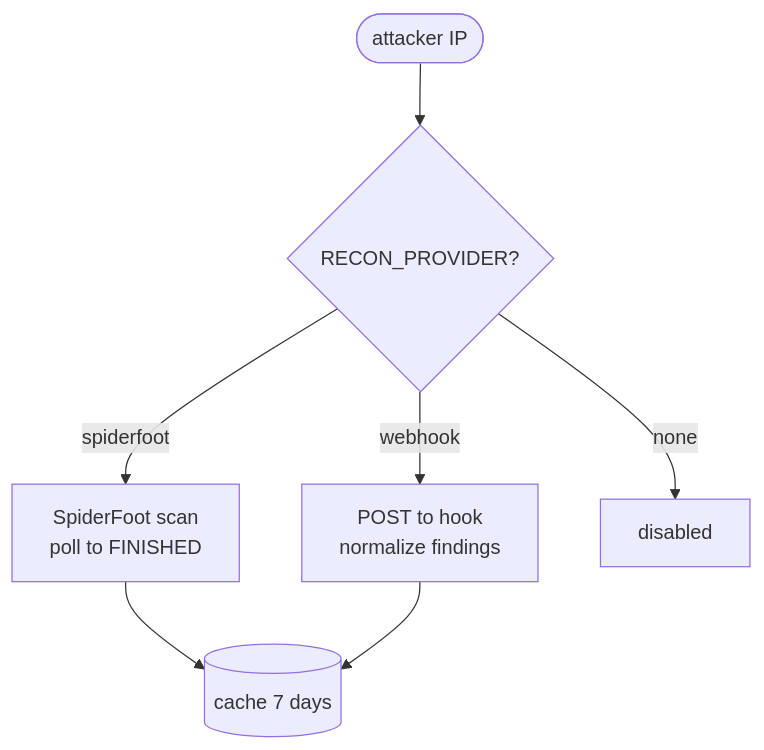
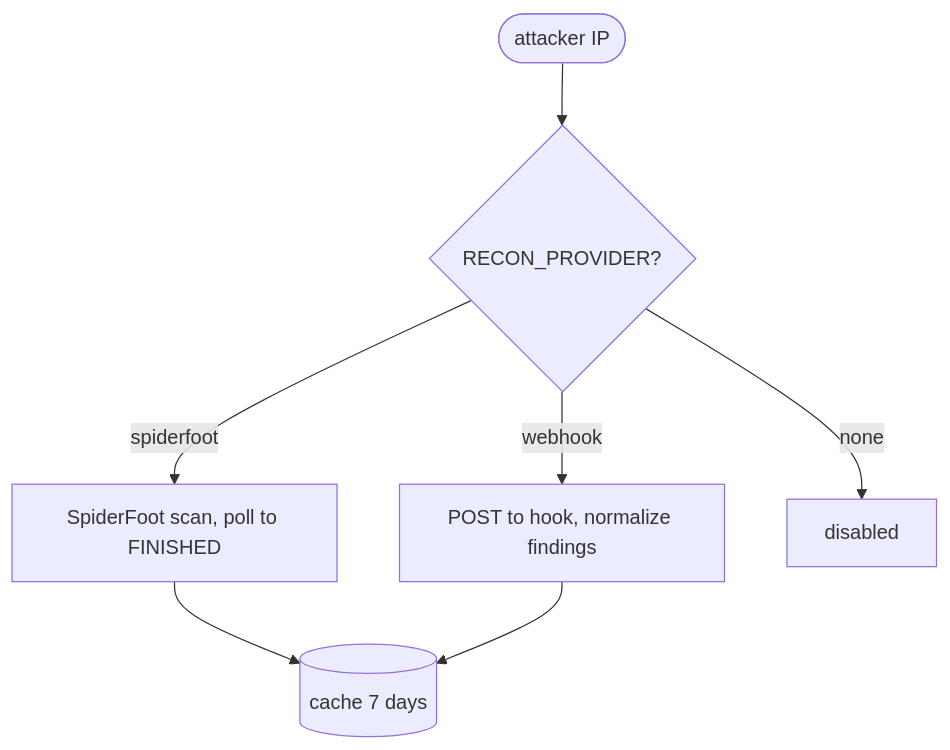
Before and after one commit to authoritydmc/ssh-sentinel: the fifth of 6 diagrams in docs/ARCHITECTURE.md, drawn with Mermaid. The commit also changed other lines of this file, not shown here.

Commit message:
fix(docs): mermaid without HTML breaks for GitHub renderer

````diff
--- a/docs/ARCHITECTURE.md
+++ b/docs/ARCHITECTURE.md
@@ -113,9 +113,9 @@
 ```mermaid
 flowchart TD
-    IP([attacker IP]) --> P{RECON_PROVIDER?}
-    P -->|spiderfoot| SF[SpiderFoot scan<br/>poll to FINISHED]
-    P -->|webhook| WH[POST to hook<br/>normalize findings]
-    P -->|none| OFF[disabled]
-    SF --> K[(cache 7 days)]
+    IP(["attacker IP"]) --> P{"RECON_PROVIDER?"}
+    P -->|"spiderfoot"| SF["SpiderFoot scan, poll to FINISHED"]
+    P -->|"webhook"| WH["POST to hook, normalize findings"]
+    P -->|"none"| OFF["disabled"]
+    SF --> K[("cache 7 days")]
     WH --> K
 ```
````
